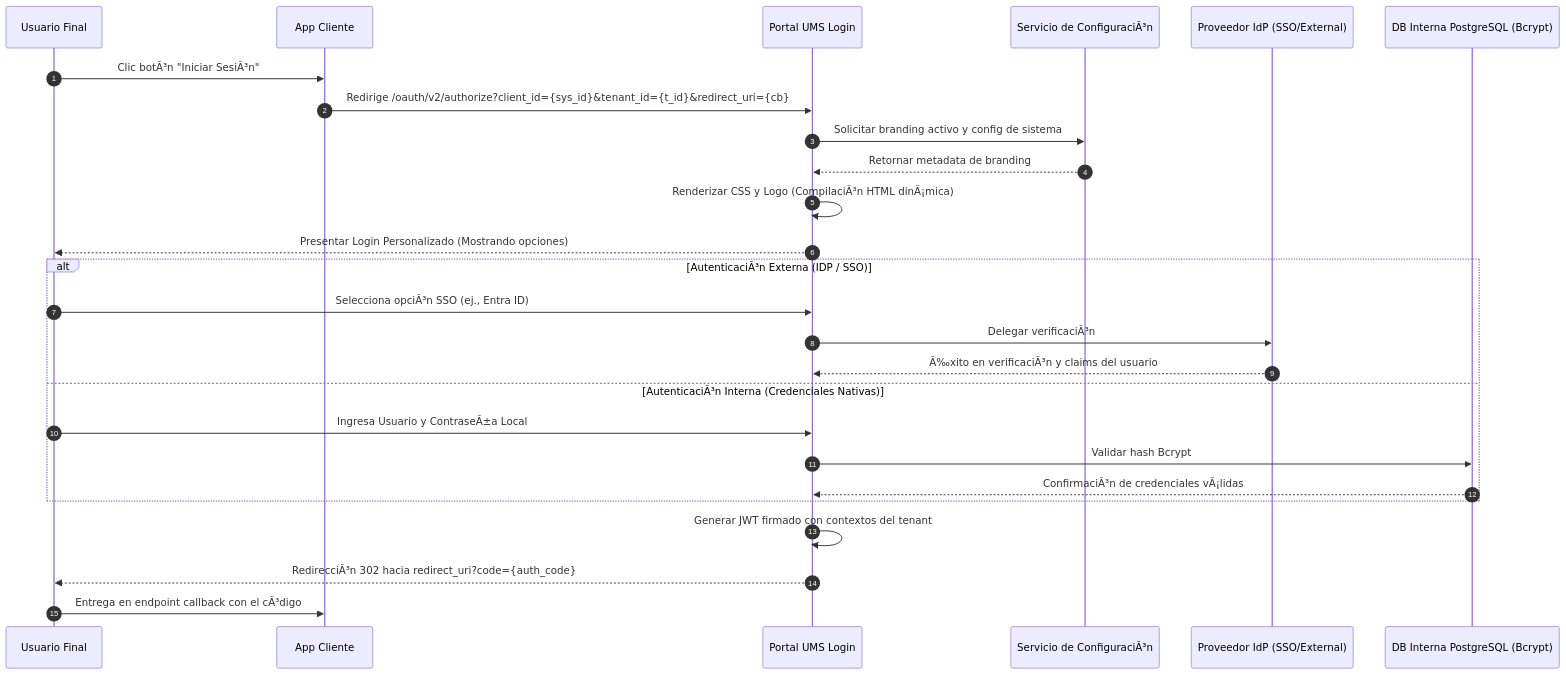
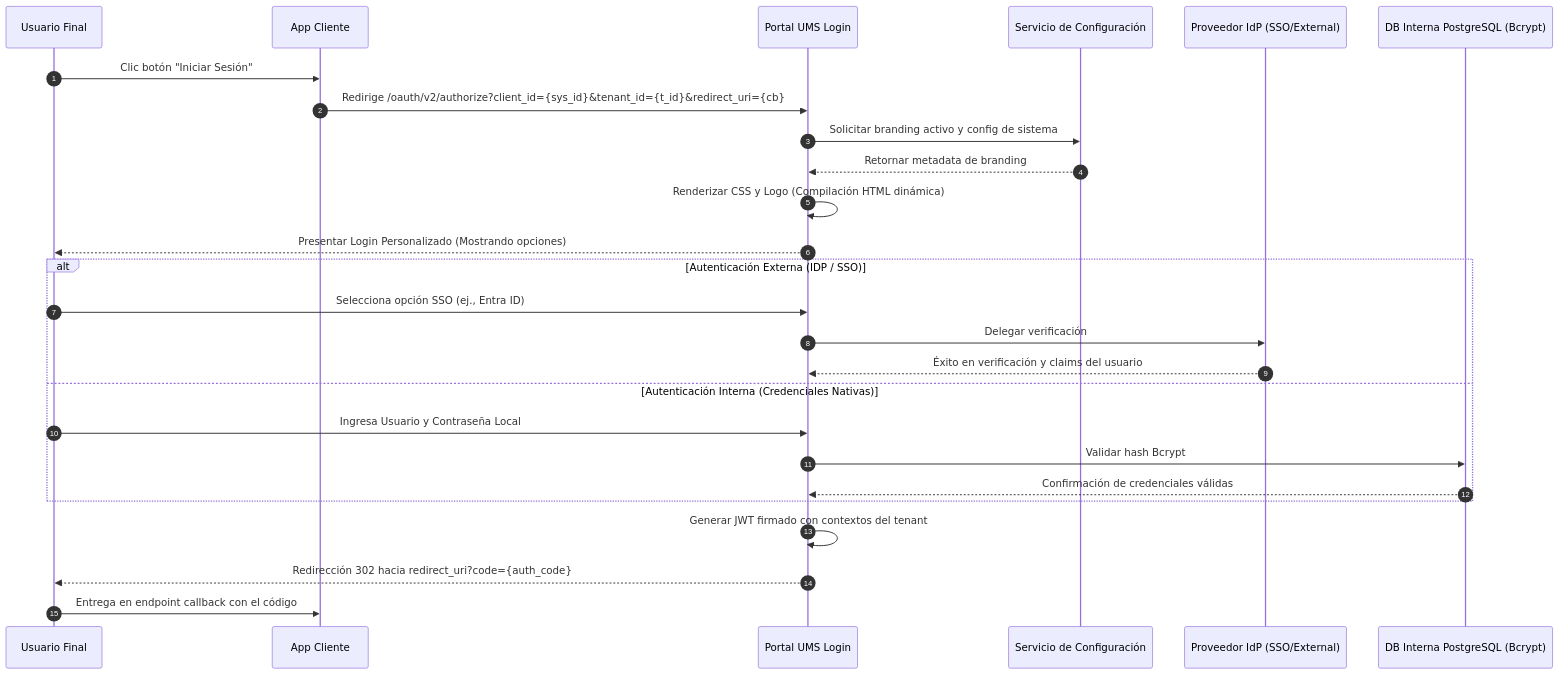
Before and after one commit to beyondnetcode/ums: the diagram in src/ums-workspace/docs/es/01-requirements/functional-stories/fs-08-hosted-login-redirection.md, drawn with Mermaid. The commit also changed other lines of this file and 9 other files, not shown here.

````diff
--- a/src/ums-workspace/docs/es/01-requirements/functional-stories/fs-08-hosted-login-redirection.md
+++ b/src/ums-workspace/docs/es/01-requirements/functional-stories/fs-08-hosted-login-redirection.md
@@ -20,31 +20,31 @@
 ```mermaid
 sequenceDiagram
     autonumber
     participant User as Usuario Final
     participant App as App Cliente
     participant HostedLogin as Portal UMS Login
-    participant ConfigAPI as Servicio de ConfiguraciÃ³n
+    participant ConfigAPI as Servicio de Configuración
     participant IdP as Proveedor IdP (SSO/External)
     participant DB as DB Interna PostgreSQL (Bcrypt)
 
-    User->>App: Clic botÃ³n "Iniciar SesiÃ³n"
+    User->>App: Clic botón "Iniciar Sesión"
     App->>HostedLogin: Redirige /oauth/v2/authorize?client_id={sys_id}&tenant_id={t_id}&redirect_uri={cb}
     HostedLogin->>ConfigAPI: Solicitar branding activo y config de sistema
     ConfigAPI-->>HostedLogin: Retornar metadata de branding
-    HostedLogin->>HostedLogin: Renderizar CSS y Logo (CompilaciÃ³n HTML dinÃ¡mica)
+    HostedLogin->>HostedLogin: Renderizar CSS y Logo (Compilación HTML dinámica)
     HostedLogin-->>User: Presentar Login Personalizado (Mostrando opciones)
     
-    alt AutenticaciÃ³n Externa (IDP / SSO)
-        User->>HostedLogin: Selecciona opciÃ³n SSO (ej., Entra ID)
-        HostedLogin->>IdP: Delegar verificaciÃ³n
-        IdP-->>HostedLogin: Ã‰xito en verificaciÃ³n y claims del usuario
-    else AutenticaciÃ³n Interna (Credenciales Nativas)
-        User->>HostedLogin: Ingresa Usuario y ContraseÃ±a Local
+    alt Autenticación Externa (IDP / SSO)
+        User->>HostedLogin: Selecciona opción SSO (ej., Entra ID)
+        HostedLogin->>IdP: Delegar verificación
+        IdP-->>HostedLogin: Éxito en verificación y claims del usuario
+    else Autenticación Interna (Credenciales Nativas)
+        User->>HostedLogin: Ingresa Usuario y Contraseña Local
         HostedLogin->>DB: Validar hash Bcrypt
-        DB-->>HostedLogin: ConfirmaciÃ³n de credenciales vÃ¡lidas
+        DB-->>HostedLogin: Confirmación de credenciales válidas
     end
     
     HostedLogin->>HostedLogin: Generar JWT firmado con contextos del tenant
-    HostedLogin-->>User: RedirecciÃ³n 302 hacia redirect_uri?code={auth_code}
-    User->>App: Entrega en endpoint callback con el cÃ³digo
+    HostedLogin-->>User: Redirección 302 hacia redirect_uri?code={auth_code}
+    User->>App: Entrega en endpoint callback con el código
 ```
````
